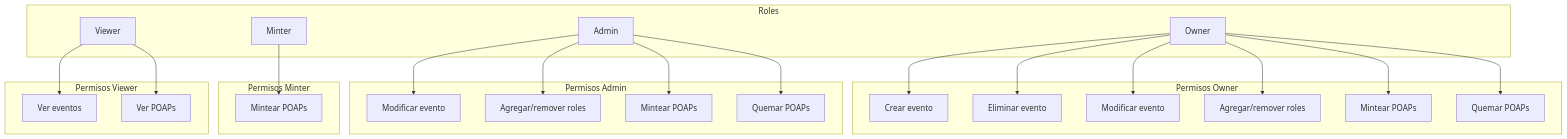
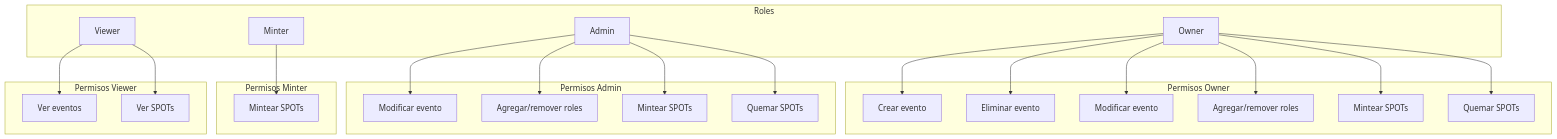
Before and after one commit to mesas01/hackatonArgentinaNov: the sixth of 10 diagrams in docs/ARCHITECTURE.md, drawn with Mermaid. The commit also changed other lines of this file and 16 other files, not shown here.

````diff
--- a/docs/ARCHITECTURE.md
+++ b/docs/ARCHITECTURE.md
@@ -223,47 +223,47 @@
 ```mermaid
 graph TB
     subgraph "Roles"
         OWNER[Owner]
         ADMIN[Admin]
         MINTER[Minter]
         VIEWER[Viewer]
     end
 
     subgraph "Permisos Owner"
         O1[Crear evento]
         O2[Eliminar evento]
         O3[Modificar evento]
         O4[Agregar/remover roles]
-        O5[Mintear POAPs]
-        O6[Quemar POAPs]
+        O5[Mintear SPOTs]
+        O6[Quemar SPOTs]
         OWNER --> O1
         OWNER --> O2
         OWNER --> O3
         OWNER --> O4
         OWNER --> O5
         OWNER --> O6
     end
 
     subgraph "Permisos Admin"
         A1[Modificar evento]
         A2[Agregar/remover roles]
-        A3[Mintear POAPs]
-        A4[Quemar POAPs]
+        A3[Mintear SPOTs]
+        A4[Quemar SPOTs]
         ADMIN --> A1
         ADMIN --> A2
         ADMIN --> A3
         ADMIN --> A4
     end
 
     subgraph "Permisos Minter"
-        M1[Mintear POAPs]
+        M1[Mintear SPOTs]
         MINTER --> M1
     end
 
     subgraph "Permisos Viewer"
         V1[Ver eventos]
-        V2[Ver POAPs]
+        V2[Ver SPOTs]
         VIEWER --> V1
         VIEWER --> V2
     end
 ```
````
